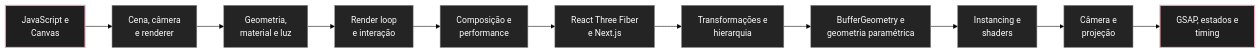
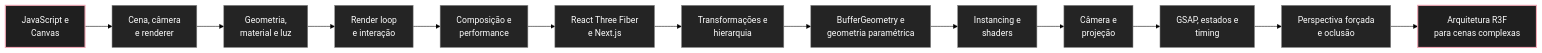
Before and after one commit to leorruas/programacao: the diagram in javascript/07-threejs/00-Guia de estudos de Three.js.md, drawn with Mermaid (forest theme). The commit also changed other lines of this file, not shown here.

````diff
--- a/javascript/07-threejs/00-Guia de estudos de Three.js.md
+++ b/javascript/07-threejs/00-Guia de estudos de Three.js.md
@@ -28,18 +30,20 @@
 ```mermaid
 flowchart LR
     A["JavaScript e<br>Canvas"] --> B["Cena, câmera<br>e renderer"]
     B --> C["Geometria,<br>material e luz"]
     C --> D["Render loop<br>e interação"]
     D --> E["Composição e<br>performance"]
     E --> F["React Three Fiber<br>e Next.js"]
     F --> G["Transformações e<br>hierarquia"]
     G --> H["BufferGeometry e<br>geometria paramétrica"]
     H --> I["Instancing e<br>shaders"]
     I --> J["Câmera e<br>projeção"]
     J --> K["GSAP, estados e<br>timing"]
+    K --> L["Perspectiva forçada<br>e oclusão"]
+    L --> M["Arquitetura R3F<br>para cenas complexas"]
 
     classDef core fill:#1f1f1f,stroke:#f1a7b5,color:#fff,stroke-width:2px;
     classDef component fill:#242424,stroke:#888,color:#fff;
-    class A,K core;
-    class B,C,D,E,F,G,H,I,J component;
+    class A,M core;
+    class B,C,D,E,F,G,H,I,J,K,L component;
 ```
````
